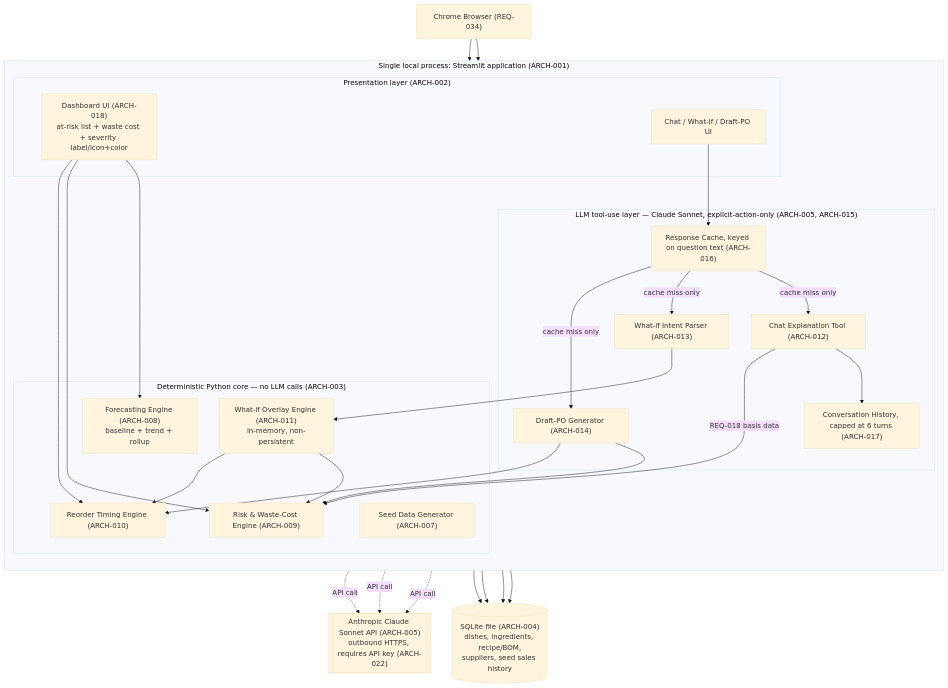
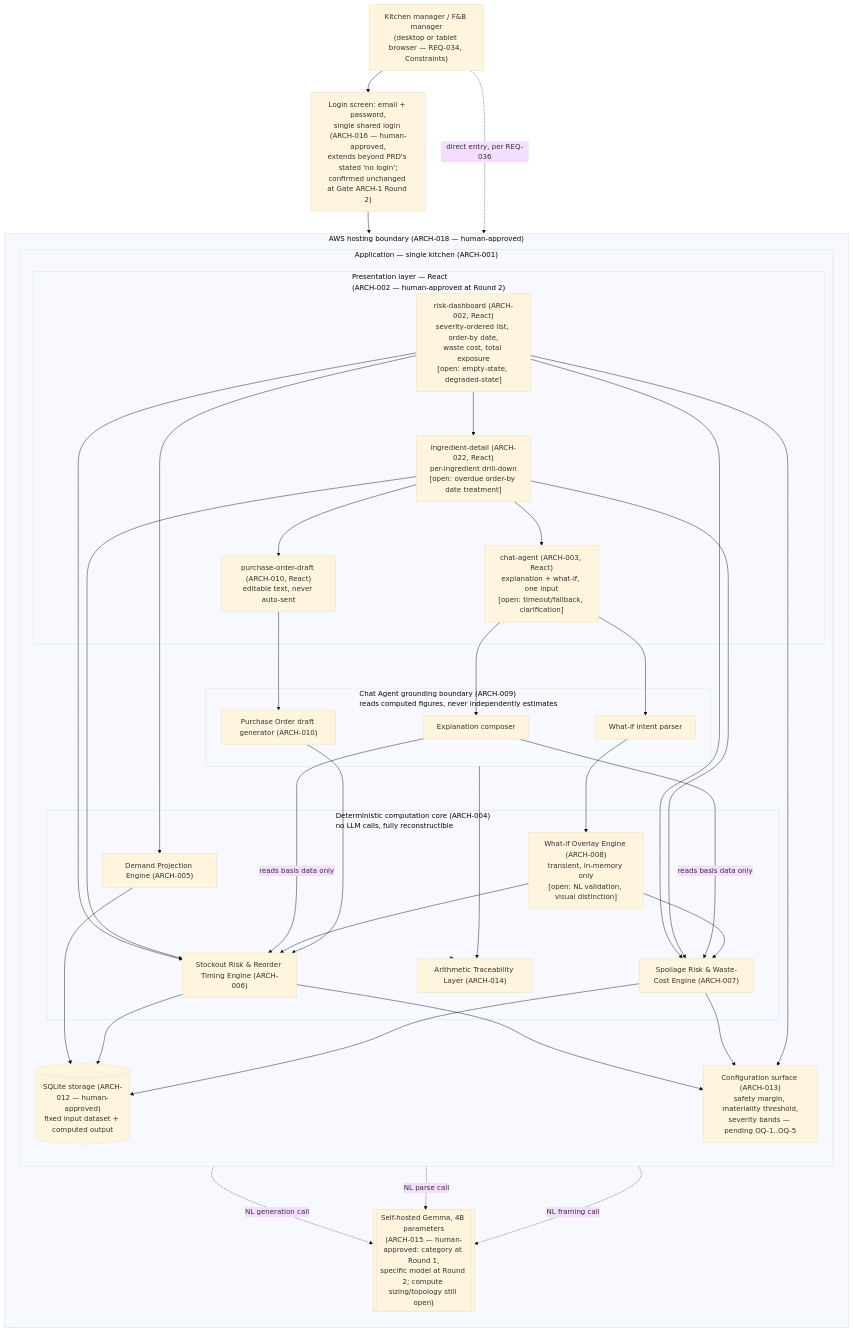
The diagram in artifacts/architecture/solution-architecture.md (sparc-team12/agentic-ingredient-demand-forecasting-assist-agents), drawn with Mermaid (base theme) before and after one commit. The commit also changed other lines of this file and 21 other files, not shown here.

Commit message:
added solution arch agent artifacts to confluence

````diff
--- a/artifacts/architecture/solution-architecture.md
+++ b/artifacts/architecture/solution-architecture.md
@@ -20,62 +48,81 @@
 ```mermaid
 flowchart TB
-    Browser["Chrome Browser (REQ-034)"]
+    User["Kitchen manager / F&B manager\n(desktop or tablet browser — REQ-034, Constraints)"]
+    Login["Login screen: email + password,\nsingle shared login (ARCH-016 — human-approved,\nextends beyond PRD's stated 'no login';\nconfirmed unchanged at Gate ARCH-1 Round 2)"]
 
-    subgraph AppProcess["Single local process: Streamlit application (ARCH-001)"]
+    subgraph AWS["AWS hosting boundary (ARCH-018 — human-approved)"]
         direction TB
 
-        subgraph UI["Presentation layer (ARCH-002)"]
-            Dashboard["Dashboard UI (ARCH-018)\nat-risk list + waste cost + severity label/icon+color"]
-            ChatUI["Chat / What-if / Draft-PO UI"]
+        subgraph App["Application — single kitchen (ARCH-001)"]
+            direction TB
+            %% React (ARCH-002, Round 2) implies the presentation layer talks to the
+            %% core via a backend API boundary, not server-side rendering.
+            %% The API layer itself (framework/language) is not decided here.
+
+            subgraph Presentation["Presentation layer — React\n(ARCH-002 — human-approved at Round 2)"]
+                Dashboard["risk-dashboard (ARCH-002, React)\nseverity-ordered list, order-by date,\nwaste cost, total exposure\n[open: empty-state, degraded-state]"]
+                IngredientDetail["ingredient-detail (ARCH-022, React)\nper-ingredient drill-down\n[open: overdue order-by date treatment]"]
+                ChatUI["chat-agent (ARCH-003, React)\nexplanation + what-if, one input\n[open: timeout/fallback, clarification]"]
+                PODraftScreen["purchase-order-draft (ARCH-010, React)\neditable text, never auto-sent"]
+            end
+
+            subgraph Core["Deterministic computation core (ARCH-004)\nno LLM calls, fully reconstructible"]
+                Projection["Demand Projection Engine (ARCH-005)"]
+                StockoutEngine["Stockout Risk & Reorder Timing Engine (ARCH-006)"]
+                SpoilageEngine["Spoilage Risk & Waste-Cost Engine (ARCH-007)"]
+                WhatIf["What-if Overlay Engine (ARCH-008)\ntransient, in-memory only\n[open: NL validation, visual distinction]"]
+                AuditTrail["Arithmetic Traceability Layer (ARCH-014)"]
+            end
+
+            subgraph AgentLayer["Chat Agent grounding boundary (ARCH-009)\nreads computed figures, never independently estimates"]
+                Explainer["Explanation composer"]
+                IntentParser["What-if intent parser"]
+                PODraft["Purchase Order draft generator (ARCH-010)"]
+            end
+
+            ConfigStore["Configuration surface (ARCH-013)\nsafety margin, materiality threshold,\nseverity bands — pending OQ-1..OQ-5"]
+            DataStore[("SQLite storage (ARCH-012 — human-approved)\nfixed input dataset + computed output")]
         end
 
-        subgraph Core["Deterministic Python core — no LLM calls (ARCH-003)"]
-            SeedGen["Seed Data Generator (ARCH-007)"]
-            Forecast["Forecasting Engine (ARCH-008)\nbaseline + trend + rollup"]
-            RiskEngine["Risk & Waste-Cost Engine (ARCH-009)"]
-            Reorder["Reorder Timing Engine (ARCH-010)"]
-            Overlay["What-if Overlay Engine (ARCH-011)\nin-memory, non-persistent"]
-        end
-
-        subgraph LLM["LLM tool-use layer — Claude Sonnet, explicit-action-only (ARCH-005, ARCH-015)"]
-            ChatLLM["Chat Explanation Tool (ARCH-012)"]
-            IntentLLM["What-if Intent Parser (ARCH-013)"]
-            POLLM["Draft-PO Generator (ARCH-014)"]
-            Cache["Response Cache, keyed on question text (ARCH-016)"]
-            ConvHist["Conversation History, capped at 6 turns (ARCH-017)"]
-        end
+        LLMProvider[["Self-hosted Gemma, 4B parameters\n(ARCH-015 — human-approved: category at Round 1,\nspecific model at Round 2; compute sizing/topology still open)"]]
     end
 
-    DB[("SQLite file (ARCH-004)\ndishes, ingredients, recipe/BOM,\nsuppliers, seed sales history")]
-    Anthropic[["Anthropic Claude Sonnet API (ARCH-005)\noutbound HTTPS, requires API key (ARCH-022)"]]
+    User --> Login
+    Login --> Dashboard
+    Dashboard --> IngredientDetail
+    IngredientDetail --> ChatUI
+    IngredientDetail --> PODraftScreen
+    User -.->|direct entry, per REQ-036| ChatUI
 
-    Browser --> Dashboard
-    Browser --> ChatUI
+    Dashboard --> Projection
+    Dashboard --> StockoutEngine
+    Dashboard --> SpoilageEngine
+    IngredientDetail --> StockoutEngine
+    IngredientDetail --> SpoilageEngine
 
-    Dashboard --> Forecast
-    Dashboard --> RiskEngine
-    Dashboard --> Reorder
+    ChatUI --> Explainer
+    ChatUI --> IntentParser
+    PODraftScreen --> PODraft
 
-    ChatUI --> Cache
-    Cache -- "cache miss only" --> ChatLLM
-    Cache -- "cache miss only" --> IntentLLM
-    Cache -- "cache miss only" --> POLLM
+    Explainer -- "reads basis data only" --> StockoutEngine
+    Explainer -- "reads basis data only" --> SpoilageEngine
+    Explainer -.->|NL generation call| LLMProvider
 
-    ChatLLM --> ConvHist
-    ChatLLM -- "REQ-018 basis data" --> RiskEngine
-    ChatLLM -.->|API call| Anthropic
-    IntentLLM -.->|API call| Anthropic
-    POLLM -.->|API call| Anthropic
+    IntentParser -.->|NL parse call| LLMProvider
+    IntentParser --> WhatIf
+    WhatIf --> StockoutEngine
+    WhatIf --> SpoilageEngine
 
-    IntentLLM --> Overlay
-    Overlay --> RiskEngine
-    Overlay --> Reorder
+    PODraft --> StockoutEngine
+    PODraft -.->|NL framing call| LLMProvider
 
-    POLLM --> RiskEngine
-    POLLM --> Reorder
+    Projection --> DataStore
+    StockoutEngine --> DataStore
+    SpoilageEngine --> DataStore
+    StockoutEngine --> ConfigStore
+    SpoilageEngine --> ConfigStore
+    Dashboard --> ConfigStore
 
-    SeedGen --> DB
-    Forecast --> DB
-    RiskEngine --> DB
-    Reorder --> DB
+    Core --> AuditTrail
+    AgentLayer --> AuditTrail
 ```
````
